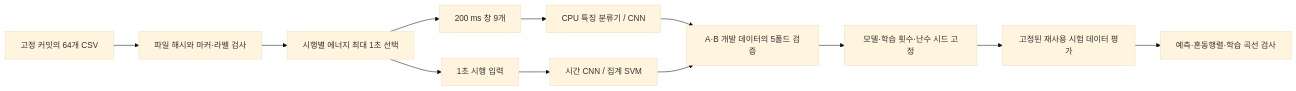
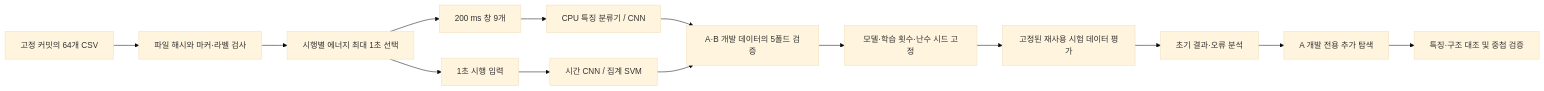
One commit to KyunghoCha/semg-arm-motion-coursework changed the diagram in README.md. Above: the diagram before and after it, drawn with Mermaid (base theme). The commit also changed other lines of this file and 5 other files, not shown here.

````diff
--- a/README.md
+++ b/README.md
@@ -57,14 +69,16 @@
 ```mermaid
 flowchart LR
     A[고정 커밋의 64개 CSV] --> B[파일 해시와 마커·라벨 검사]
     B --> C[시행별 에너지 최대 1초 선택]
     C --> D[200 ms 창 9개]
     C --> E[1초 시행 입력]
     D --> F[CPU 특징 분류기 / CNN]
     E --> G[시간 CNN / 집계 SVM]
     F --> H[A·B 개발 데이터의 5폴드 검증]
     G --> H
     H --> I[모델·학습 횟수·난수 시드 고정]
     I --> J[고정된 재사용 시험 데이터 평가]
-    J --> K[예측·혼동행렬·학습 곡선 검사]
+    J --> K[초기 결과·오류 분석]
+    K --> L[A 개발 전용 추가 탐색]
+    L --> M[특징·구조 대조 및 중첩 검증]
 ```
````
